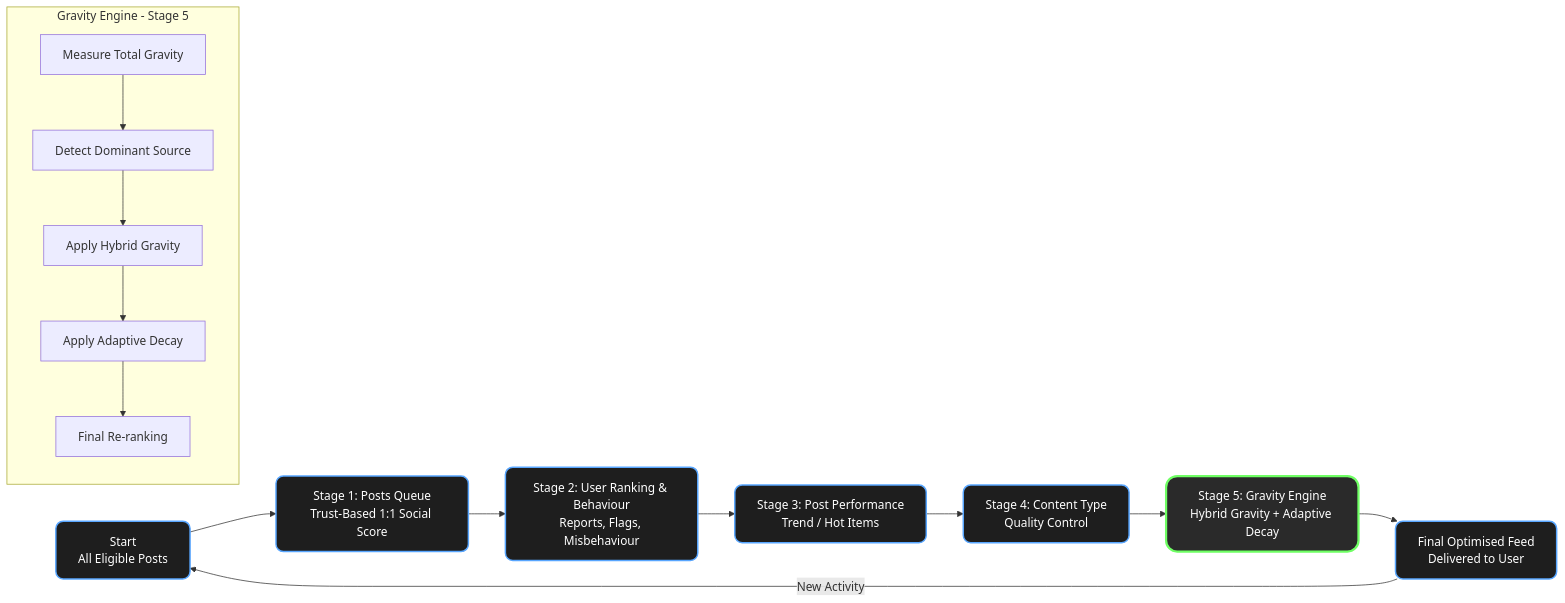
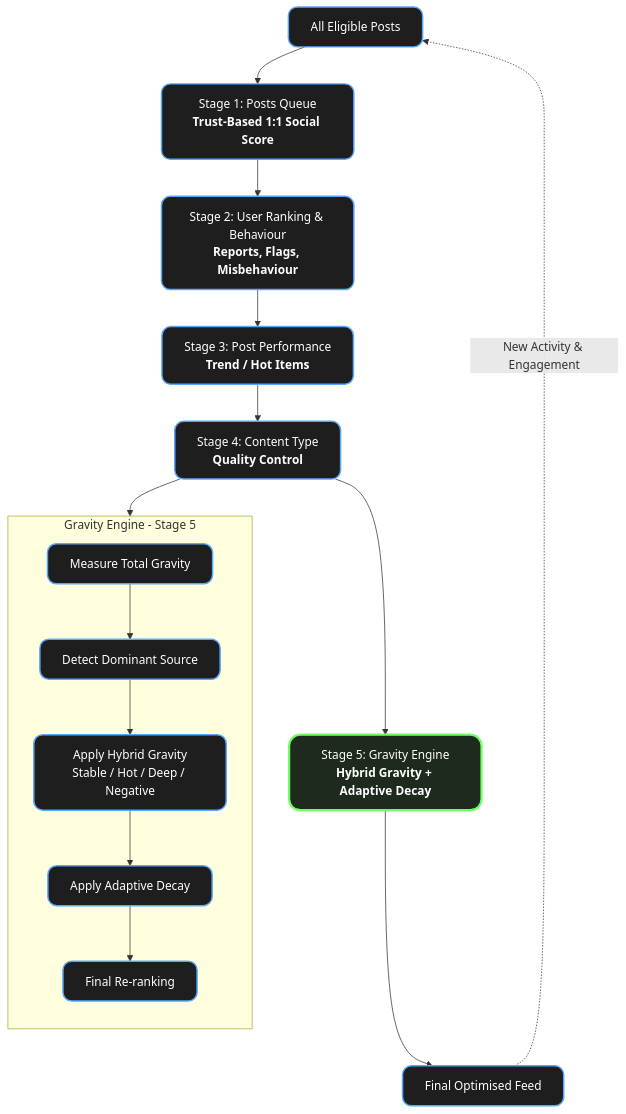
Before and after one commit to orroprotocol/core: the diagram in blog/2026-04-01-orro-social-media-algorithm–v2.0.md, drawn with Mermaid.

````diff
--- a/blog/2026-04-01-orro-social-media-algorithm–v2.0.md
+++ b/blog/2026-04-01-orro-social-media-algorithm–v2.0.md
@@ -93,41 +93,42 @@
 ```mermaid
-flowchart LR
-    A[Start<br/>All Eligible Posts] 
-    --> B[Stage 1: Posts Queue<br/>Trust-Based 1:1 Social Score]
+flowchart TD
+    A[All Eligible Posts] 
+    --> B[Stage 1: Posts Queue<br/><b>Trust-Based 1:1 Social Score</b>]
 
-    B --> C[Stage 2: User Ranking & Behaviour<br/>Reports, Flags, Misbehaviour]
+    B --> C[Stage 2: User Ranking & Behaviour<br/><b>Reports, Flags, Misbehaviour</b>]
 
-    C --> D[Stage 3: Post Performance<br/>Trend / Hot Items]
+    C --> D[Stage 3: Post Performance<br/><b>Trend / Hot Items</b>]
 
-    D --> E[Stage 4: Content Type<br/>Quality Control]
+    D --> E[Stage 4: Content Type<br/><b>Quality Control</b>]
 
-    E --> F[Stage 5: Gravity Engine<br/>Hybrid Gravity + Adaptive Decay]
+    E --> F[Stage 5: Gravity Engine<br/><b>Hybrid Gravity + Adaptive Decay</b>]
 
-    F --> G[Final Optimised Feed<br/>Delivered to User]
+    F --> G[Final Optimised Feed]
 
-    %% Gravity Engine Detail
-    subgraph GravityEngine ["Gravity Engine - Stage 5"]
+    %% Feedback loop
+    G -.->|New Activity & Engagement| A
+
+    %% Gravity Engine internal detail
+    subgraph GravityEngine [Gravity Engine - Stage 5]
         direction TB
         H[Measure Total Gravity]
         I[Detect Dominant Source]
-        J[Apply Hybrid Gravity]
+        J[Apply Hybrid Gravity<br/>Stable / Hot / Deep / Negative]
         K[Apply Adaptive Decay]
         L[Final Re-ranking]
-
+        
         H --> I
         I --> J
         J --> K
         K --> L
     end
 
-    %% Feedback loop
-    G -->|New Activity| A
+    E --> GravityEngine
 
-    %% Style
-    classDef stage fill:#1e1e1e,stroke:#58a6ff,stroke-width:2px,color:#fff,rx:10,ry:10;
-    classDef gravity fill:#2a2a2a,stroke:#6fff64,stroke-width:3px,color:#fff,rx:15,ry:15;
+    classDef default fill:#1e1e1e,stroke:#58a6ff,stroke-width:2px,color:#ffffff,rx:12,ry:12;
+    classDef gravity fill:#1f2a1f,stroke:#6fff64,stroke-width:3px,color:#ffffff,rx:15,ry:15;
 
-    class A,B,C,D,E,G stage
+    class A,B,C,D,E,G default
     class F gravity
 
 ```
````
